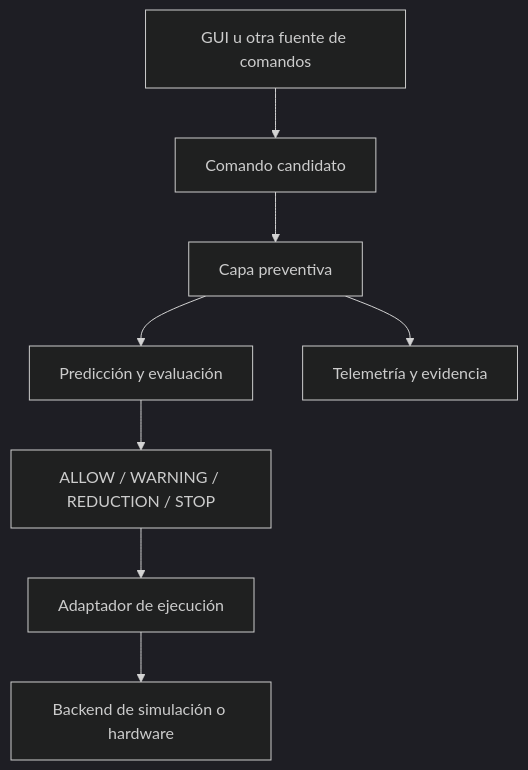
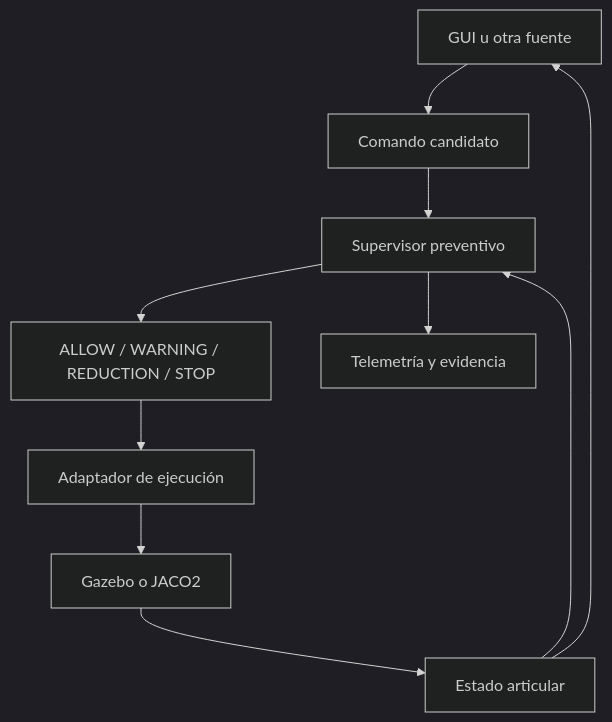
One commit to ElLuisAlberto/TESIS_2_IMPLEMENTATION changed the diagram in README.md. Above: the diagram before and after it, drawn with Mermaid (dark theme). The commit also changed other lines of this file, not shown here.

Commit message:
docs: update validated Kinova hardware workflow

````diff
--- a/README.md
+++ b/README.md
@@ -41,10 +56,12 @@
 ```mermaid
 flowchart TD
-    A["GUI u otra fuente de comandos"] --> B["Comando candidato"]
-    B --> C["Capa preventiva"]
-    C --> D["Predicción y evaluación"]
-    D --> E["ALLOW / WARNING / REDUCTION / STOP"]
-    E --> F["Adaptador de ejecución"]
-    F --> G["Backend de simulación o hardware"]
+    A["GUI u otra fuente"] --> B["Comando candidato"]
+    B --> C["Supervisor preventivo"]
+    C --> D["ALLOW / WARNING / REDUCTION / STOP"]
+    D --> E["Adaptador de ejecución"]
+    E --> F["Gazebo o JACO2"]
+    F --> G["Estado articular"]
+    G --> C
+    G --> A
     C --> H["Telemetría y evidencia"]
 ```
````
